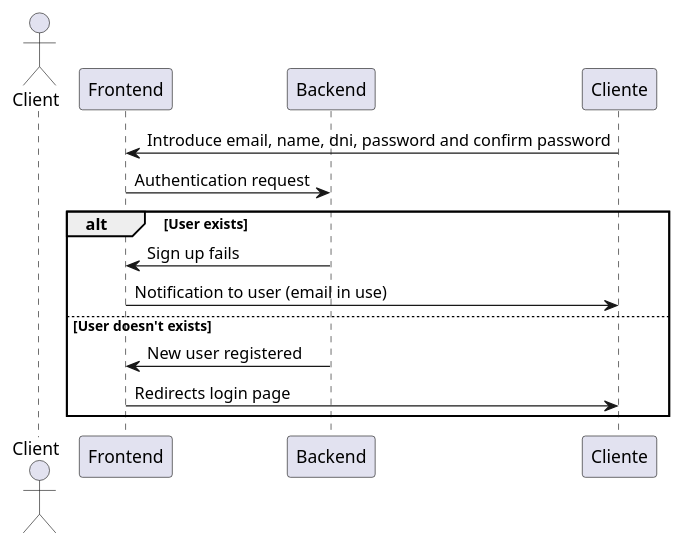
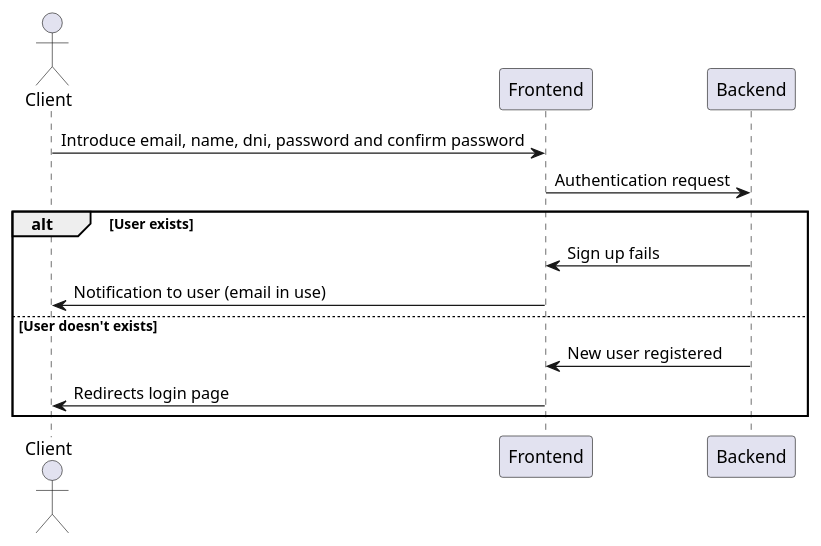
One commit to Arquisoft/dede_es1a changed the fourth of 5 diagrams in docs/06_runtime_view.adoc. Above: the diagram before and after it, drawn with PlantUML. The commit also changed other lines of this file and 4 other files, not shown here.

```diff
--- a/docs/06_runtime_view.adoc
+++ b/docs/06_runtime_view.adoc
@@ -49,15 +49,15 @@
 [plantuml,"Diagrama Registro",png]
 ----
 actor Client
 participant Frontend
 participant Backend
-Cliente -> Frontend: Introduce email, name, dni, password and confirm password
+Client -> Frontend: Introduce email, name, dni, password and confirm password
 Frontend -> Backend: Authentication request
 alt User exists
     Backend -> Frontend: Sign up fails
-    Frontend -> Cliente: Notification to user (email in use)
+    Frontend -> Client: Notification to user (email in use)
 else User doesn't exists
     Backend -> Frontend: New user registered
-    Frontend -> Cliente: Redirects login page
+    Frontend -> Client: Redirects login page
 end
 ----
```
